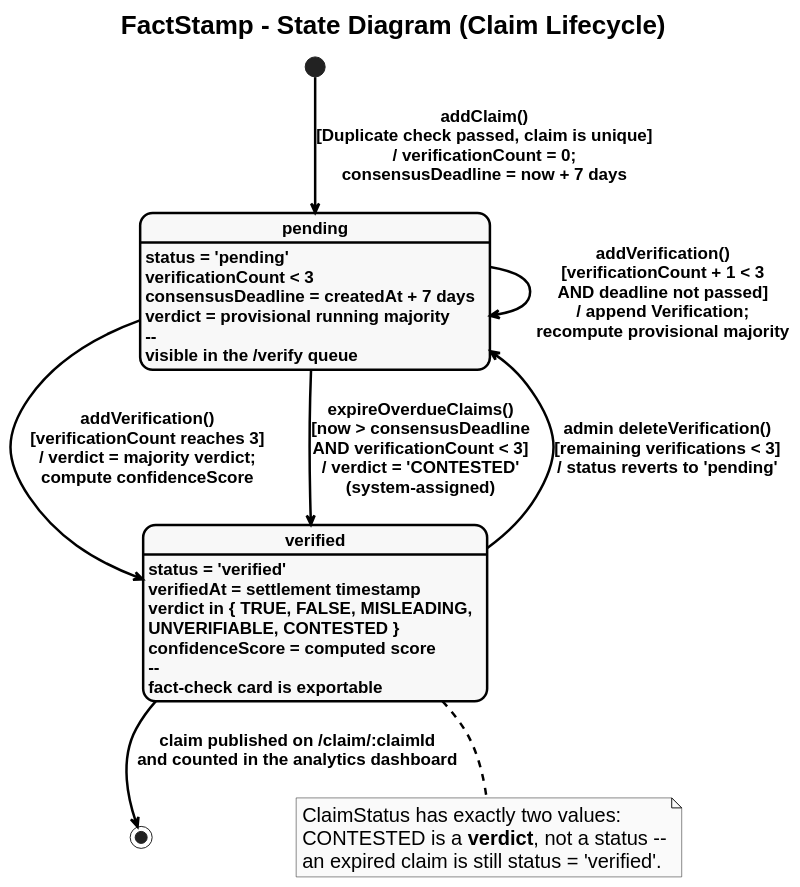
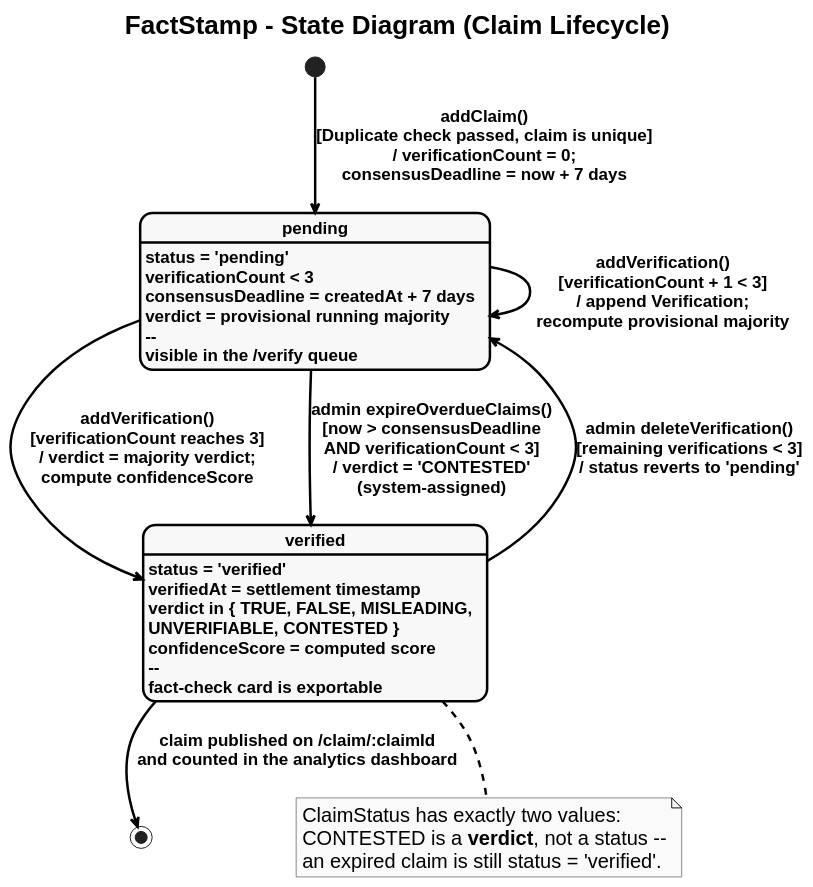
The diagram in FactStamp/black_book_draft/03_Requirements_and_Analysis/attachments/state_diagram.puml (aadish0day/typst), drawn with PlantUML before and after one commit. The commit also changed 52 other files, not shown here.

First line of the commit message:
docs(FactStamp): trim black book chapters and rebuild diagrams from code

```diff
--- a/FactStamp/black_book_draft/03_Requirements_and_Analysis/attachments/state_diagram.puml
+++ b/FactStamp/black_book_draft/03_Requirements_and_Analysis/attachments/state_diagram.puml
@@ -1,83 +1,83 @@
 @startuml
 skinparam style strictuml
 skinparam monochrome true
 skinparam defaultFontName "Liberation Sans"
 skinparam defaultFontSize 20
 skinparam defaultFontStyle bold
 skinparam titleFontSize 26
 skinparam titleFontStyle bold
 
 skinparam backgroundColor white
 skinparam ArrowColor black
 skinparam ArrowThickness 2.5
 skinparam ArrowFontSize 17
 skinparam ArrowFontStyle bold
 
 skinparam UsecaseBorderColor black
 skinparam UsecaseBorderThickness 2.5
 skinparam UsecaseBackgroundColor #F8F9FA
 skinparam UsecaseFontSize 19
 skinparam UsecaseFontStyle bold
 
 skinparam ActorBorderColor black
 skinparam ActorBorderThickness 2.5
 skinparam ActorBackgroundColor #FFFFFF
 skinparam ActorFontSize 20
 skinparam ActorFontStyle bold
 
 skinparam RectangleBorderColor black
 skinparam RectangleBorderThickness 2.5
 skinparam RectangleBackgroundColor transparent
 skinparam RectangleFontSize 20
 skinparam RectangleFontStyle bold
 
 title FactStamp - State Diagram (Claim Lifecycle)
 
 skinparam StateBorderColor black
 skinparam StateBorderThickness 2.5
 skinparam StateBackgroundColor #F8F9FA
 skinparam StateFontSize 21
 skinparam StateFontStyle bold
 skinparam StateAttributeFontSize 17
 skinparam nodesep 40
 skinparam ranksep 55
 
 state "pending" as Pending {
 }
 Pending : status = 'pending'
 Pending : verificationCount < 3
 Pending : consensusDeadline = createdAt + 7 days
 Pending : verdict = provisional running majority
 Pending : --
 Pending : visible in the /verify queue
 
 state "verified" as Verified {
 }
 Verified : status = 'verified'
 Verified : verifiedAt = settlement timestamp
 Verified : verdict in { TRUE, FALSE, MISLEADING,
 Verified : UNVERIFIABLE, CONTESTED }
 Verified : confidenceScore = computed score
 Verified : --
 Verified : fact-check card is exportable
 
 [*] --> Pending : addClaim()\n[Duplicate check passed, claim is unique]\n/ verificationCount = 0;\nconsensusDeadline = now + 7 days
 
-Pending --> Pending : addVerification()\n[verificationCount + 1 < 3\nAND deadline not passed]\n/ append Verification;\nrecompute provisional majority
+Pending --> Pending : addVerification()\n[verificationCount + 1 < 3]\n/ append Verification;\nrecompute provisional majority
 
 Pending --> Verified : addVerification()\n[verificationCount reaches 3]\n/ verdict = majority verdict;\ncompute confidenceScore
 
-Pending --> Verified : expireOverdueClaims()\n[now > consensusDeadline\nAND verificationCount < 3]\n/ verdict = 'CONTESTED'\n(system-assigned)
+Pending --> Verified : admin expireOverdueClaims()\n[now > consensusDeadline\nAND verificationCount < 3]\n/ verdict = 'CONTESTED'\n(system-assigned)
 
 Verified --> Pending : admin deleteVerification()\n[remaining verifications < 3]\n/ status reverts to 'pending'
 
 Verified --> [*] : claim published on /claim/:claimId\nand counted in the analytics dashboard
 
 note bottom of Verified
   ClaimStatus has exactly two values:
   'pending' and 'verified'.
   CONTESTED is a **verdict**, not a status --
   an expired claim is still status = 'verified'.
 end note
 
 @enduml
```
